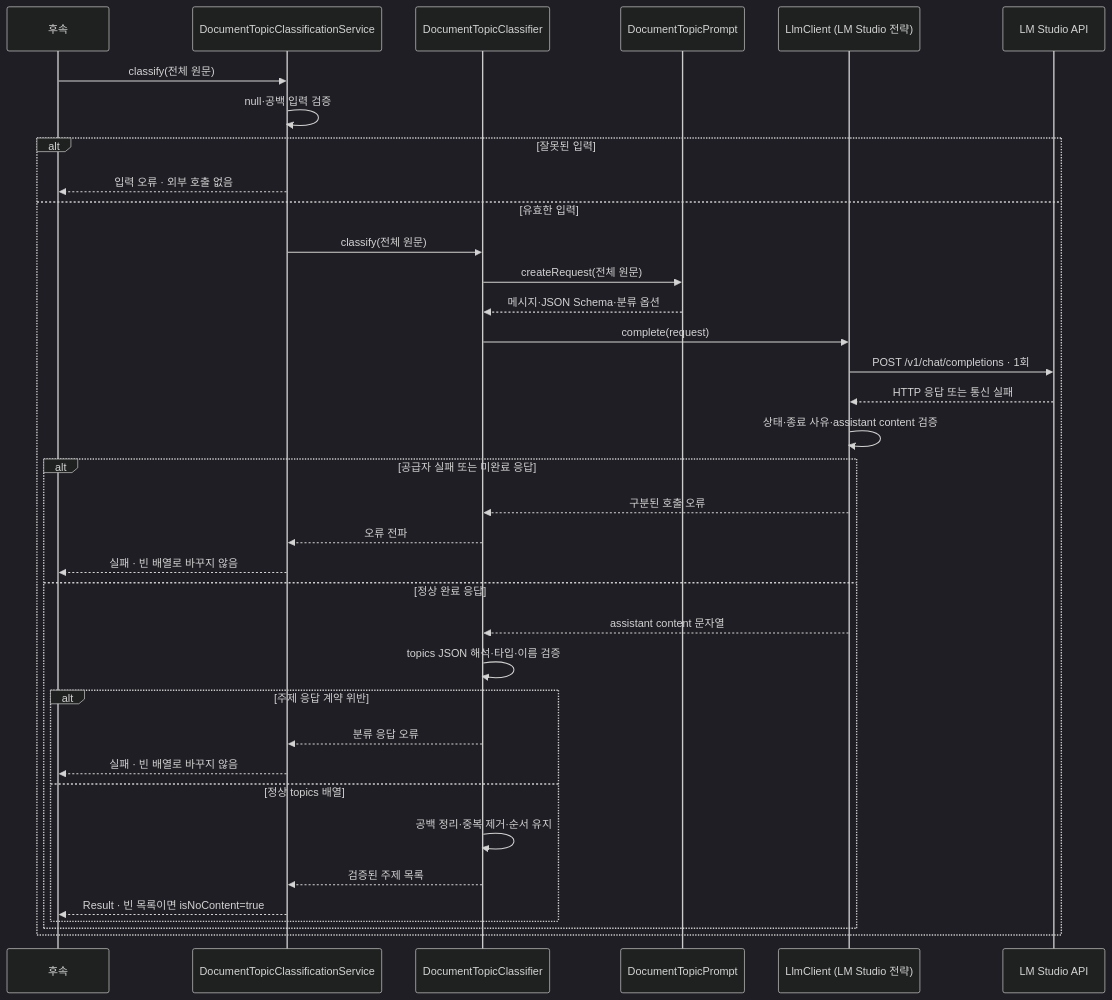
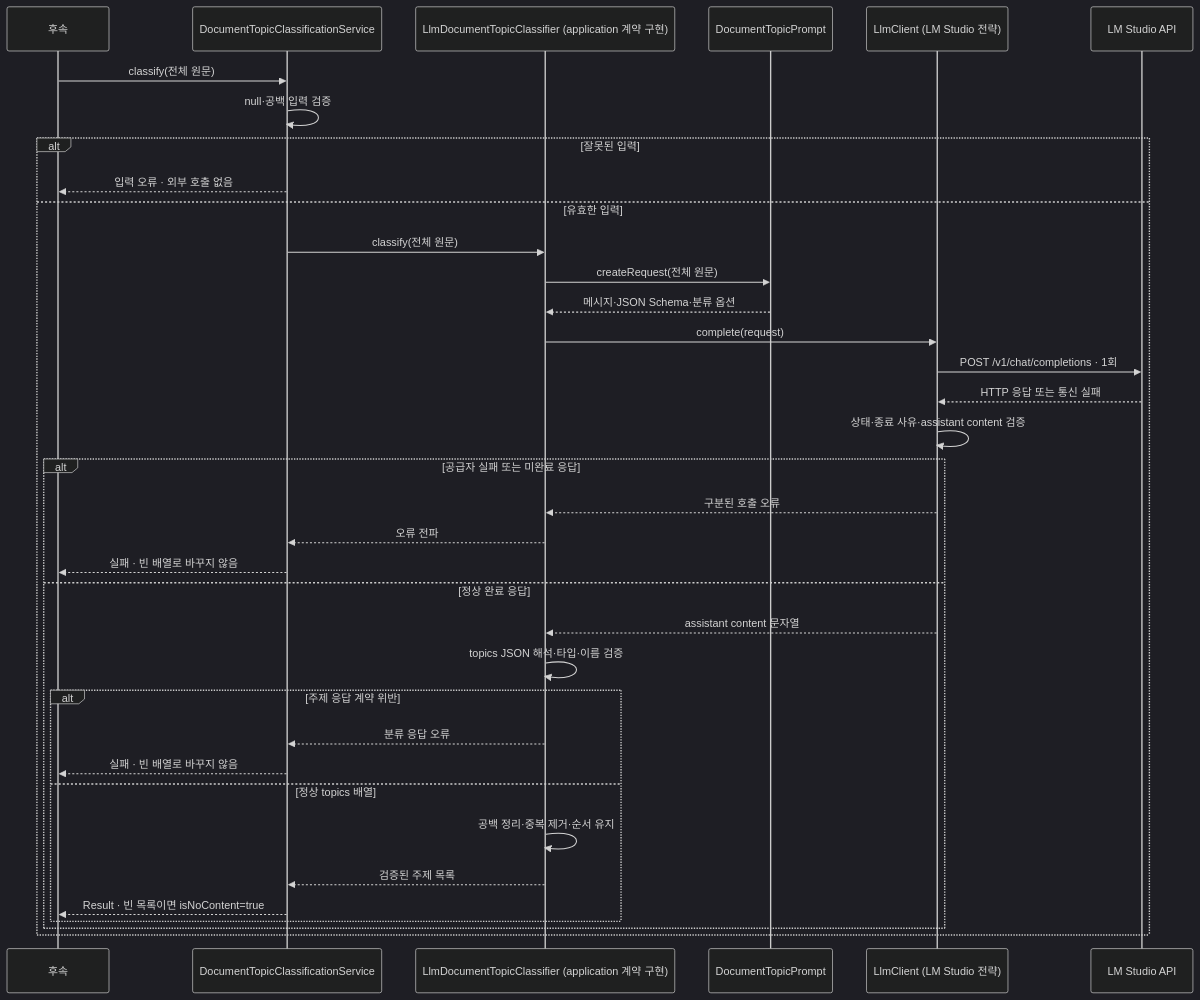
Before and after one commit to woowacourse-teams/2026-Knot: the second of 4 diagrams in docs/implement-plan/521-llm-topic-classification.md, drawn with Mermaid (dark theme). The commit also changed other lines of this file and 13 other files, not shown here.

````diff
--- a/docs/implement-plan/521-llm-topic-classification.md
+++ b/docs/implement-plan/521-llm-topic-classification.md
@@ -70,39 +72,39 @@
 ```mermaid
 sequenceDiagram
     participant Caller as 후속 #523 호출자
     participant Service as DocumentTopicClassificationService
-    participant Classifier as DocumentTopicClassifier
+    participant Classifier as LlmDocumentTopicClassifier (application 계약 구현)
     participant Prompt as DocumentTopicPrompt
     participant Client as LlmClient (LM Studio 전략)
     participant LM as LM Studio API
 
     Caller->>Service: classify(전체 원문)
     Service->>Service: null·공백 입력 검증
     alt 잘못된 입력
         Service-->>Caller: 입력 오류 · 외부 호출 없음
     else 유효한 입력
         Service->>Classifier: classify(전체 원문)
         Classifier->>Prompt: createRequest(전체 원문)
         Prompt-->>Classifier: 메시지·JSON Schema·분류 옵션
         Classifier->>Client: complete(request)
         Client->>LM: POST /v1/chat/completions · 1회
         LM-->>Client: HTTP 응답 또는 통신 실패
         Client->>Client: 상태·종료 사유·assistant content 검증
         alt 공급자 실패 또는 미완료 응답
             Client-->>Classifier: 구분된 호출 오류
             Classifier-->>Service: 오류 전파
             Service-->>Caller: 실패 · 빈 배열로 바꾸지 않음
         else 정상 완료 응답
             Client-->>Classifier: assistant content 문자열
             Classifier->>Classifier: topics JSON 해석·타입·이름 검증
             alt 주제 응답 계약 위반
                 Classifier-->>Service: 분류 응답 오류
                 Service-->>Caller: 실패 · 빈 배열로 바꾸지 않음
             else 정상 topics 배열
                 Classifier->>Classifier: 공백 정리·중복 제거·순서 유지
                 Classifier-->>Service: 검증된 주제 목록
                 Service-->>Caller: Result · 빈 목록이면 isNoContent=true
             end
         end
     end
 ```
````
